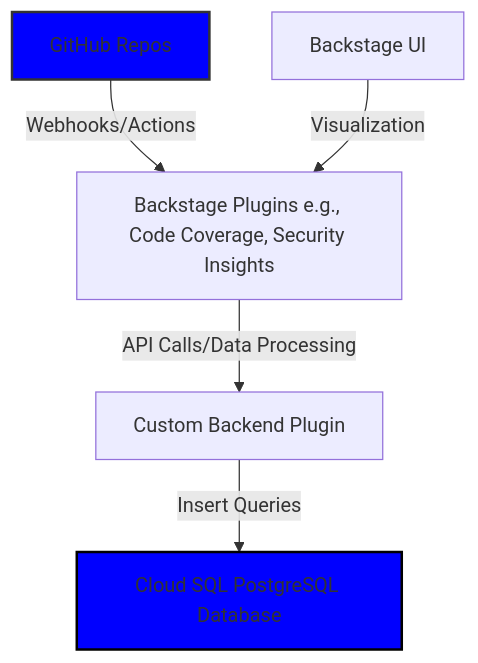
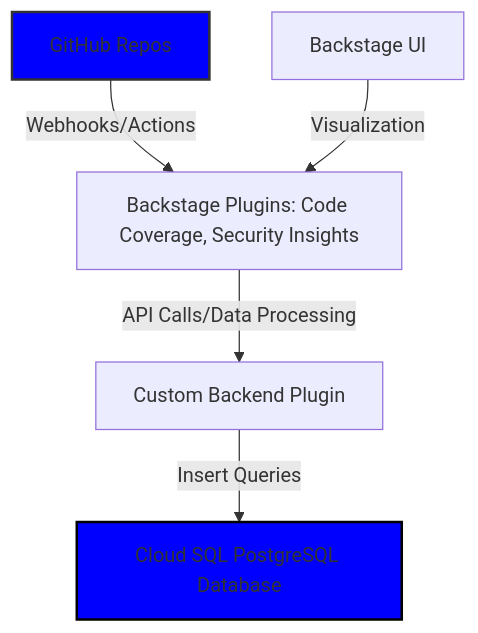
Before and after one commit to luis-cognizant/backstage-guide: the tenth of 11 diagrams in docs/diagrams.md, drawn with Mermaid. The commit also changed other lines of this file and 3 other files, not shown here.

Commit message:
Fixed mermaid issues

````diff
--- a/docs/diagrams.md
+++ b/docs/diagrams.md
@@ -194,9 +327,9 @@
 ```mermaid
 graph TD
-    A[GitHub Repos] -->|Webhooks/Actions| B[Backstage Plugins e.g., Code Coverage, Security Insights]
+    A[GitHub Repos] -->|Webhooks/Actions| B[Backstage Plugins: Code Coverage, Security Insights]
     B -->|API Calls/Data Processing| C[Custom Backend Plugin]
     C -->|Insert Queries| D[Cloud SQL PostgreSQL Database]
     E[Backstage UI] -->|Visualization| B
     style A fill:#0000FF,stroke:#333,stroke-width:2px
     style D fill:#0000FF,stroke:#000,stroke-width:2px
 ```
````
